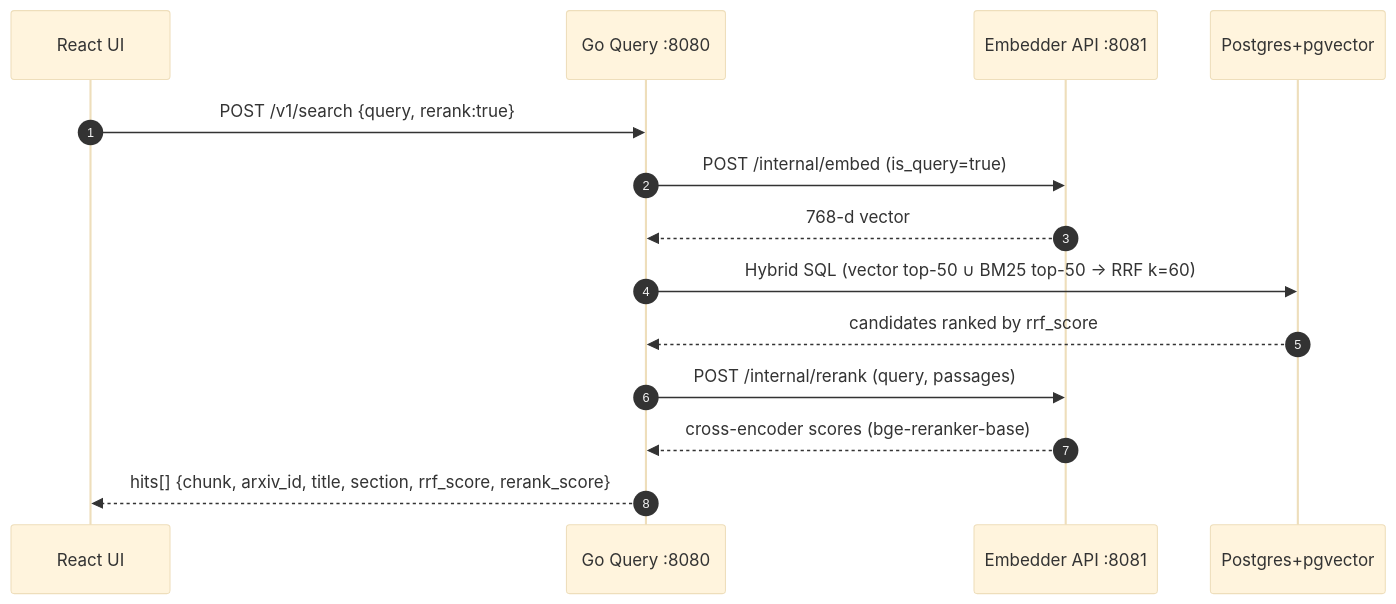
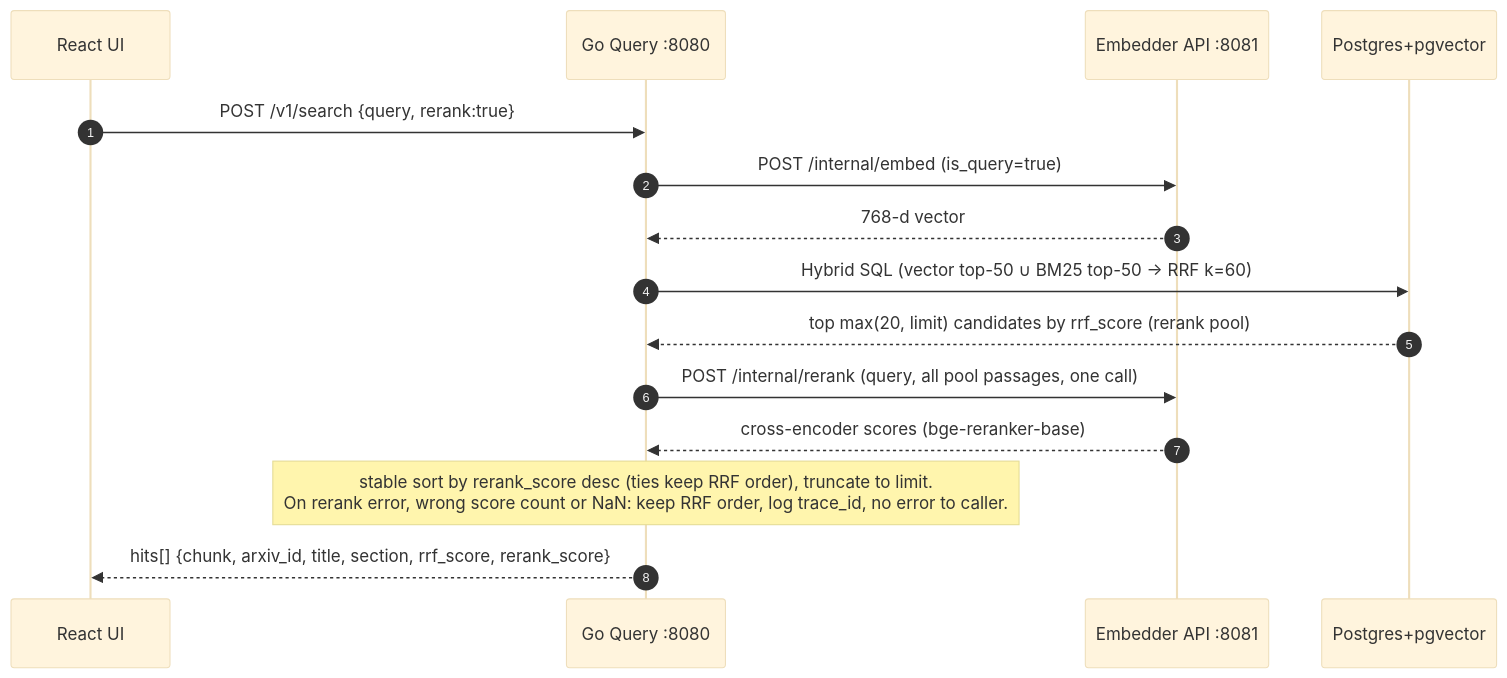
Before and after one commit to MaheshPulivarthi18/arxivlens-agents: the fourth of 6 diagrams in docs/PRD-Technical.md, drawn with Mermaid (base theme). The commit also changed other lines of this file, not shown here.

First line of the commit message:
docs: Technical PRD §7.1/§7.2 show the ADR-0010 rerank pool and sort (RET-1 AC7)

````diff
--- a/docs/PRD-Technical.md
+++ b/docs/PRD-Technical.md
@@ -228,17 +228,18 @@
 ```mermaid
 sequenceDiagram
     autonumber
     participant UI as React UI
     participant Q as Go Query :8080
     participant EA as Embedder API :8081
     participant PG as Postgres+pgvector
 
     UI->>Q: POST /v1/search {query, rerank:true}
     Q->>EA: POST /internal/embed (is_query=true)
     EA-->>Q: 768-d vector
     Q->>PG: Hybrid SQL (vector top-50 ∪ BM25 top-50 → RRF k=60)
-    PG-->>Q: candidates ranked by rrf_score
-    Q->>EA: POST /internal/rerank (query, passages)
+    PG-->>Q: top max(20, limit) candidates by rrf_score (rerank pool)
+    Q->>EA: POST /internal/rerank (query, all pool passages, one call)
     EA-->>Q: cross-encoder scores (bge-reranker-base)
+    Note over Q: stable sort by rerank_score desc (ties keep RRF order), truncate to limit.<br/>On rerank error, wrong score count or NaN: keep RRF order, log trace_id, no error to caller.
     Q-->>UI: hits[] {chunk, arxiv_id, title, section, rrf_score, rerank_score}
 ```
````
